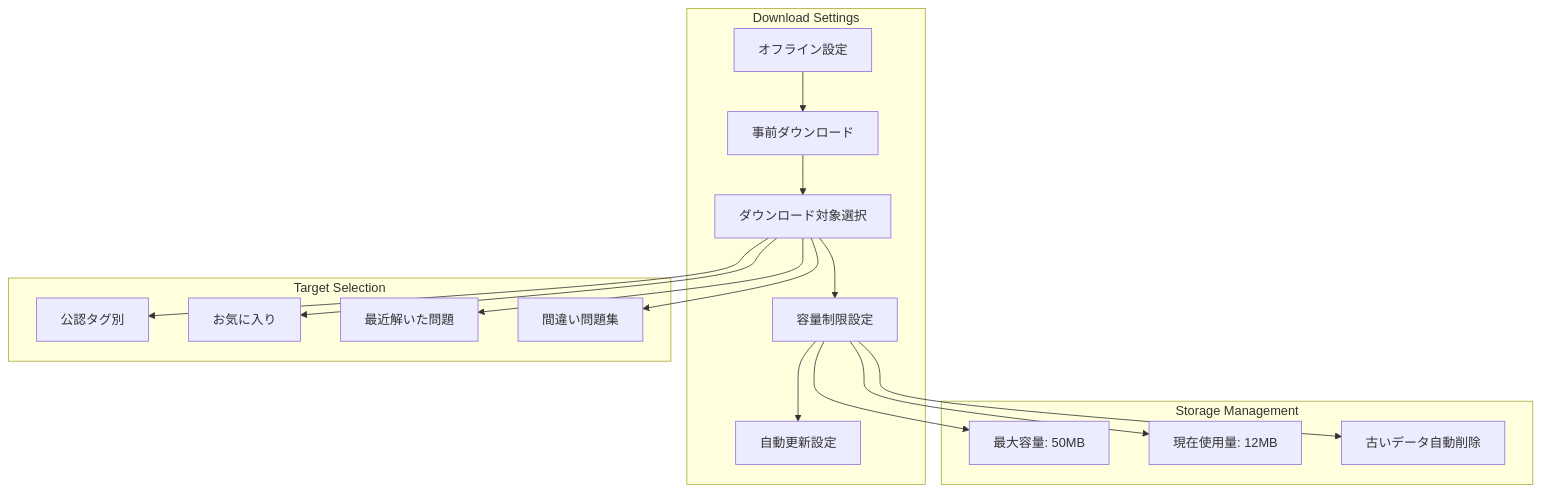
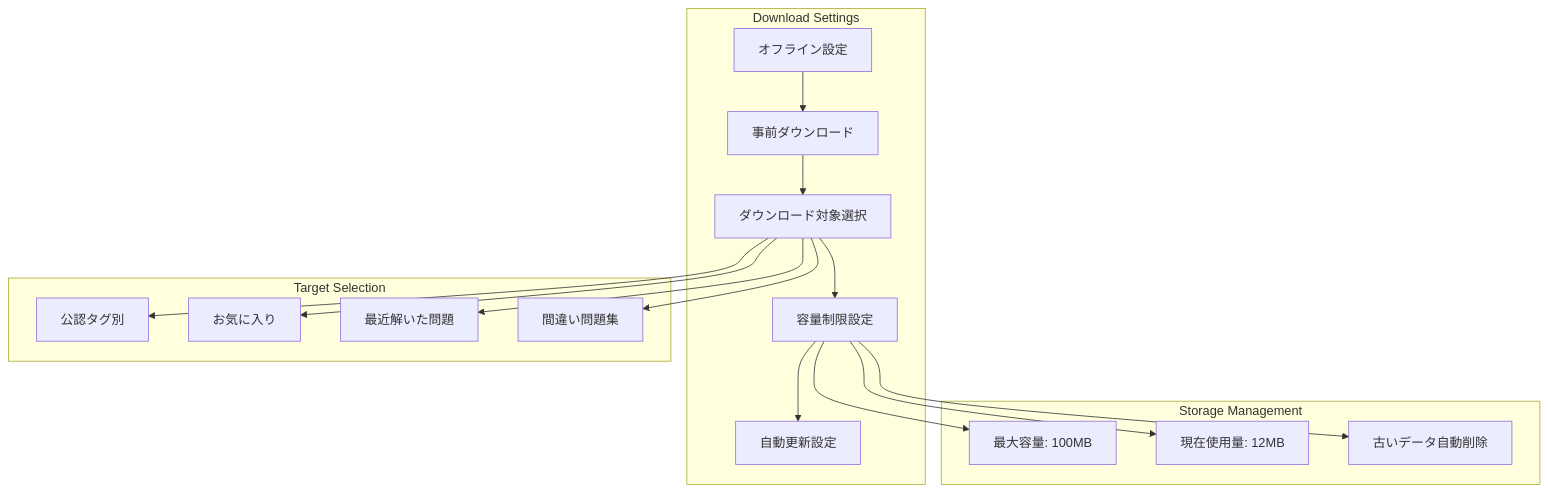
The third of 6 diagrams in docs/project/ui-design/1.02_user-stories/us-05_offline-sync.md (tanacchi/your-quiz), drawn with Mermaid before and after one commit. The commit also changed other lines of this file and 1 other file, not shown here.

````diff
--- a/docs/project/ui-design/1.02_user-stories/us-05_offline-sync.md
+++ b/docs/project/ui-design/1.02_user-stories/us-05_offline-sync.md
@@ -96,22 +96,22 @@
 ```mermaid
 graph TD
     subgraph "Download Settings"
         A[オフライン設定] --> B[事前ダウンロード]
         B --> C[ダウンロード対象選択]
         C --> D[容量制限設定]
         D --> E[自動更新設定]
     end
 
     subgraph "Target Selection"
         C --> F[公認タグ別]
         C --> G[お気に入り]
         C --> H[最近解いた問題]
         C --> I[間違い問題集]
     end
 
     subgraph "Storage Management"
-        D --> J[最大容量: 50MB]
+        D --> J[最大容量: 100MB]
         D --> K[現在使用量: 12MB]
         D --> L[古いデータ自動削除]
     end
 ```
````
